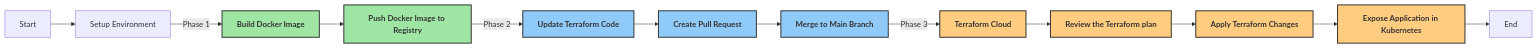
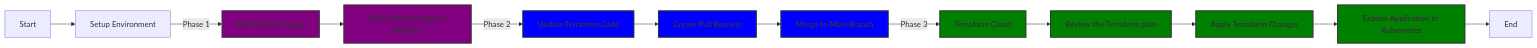
The diagram in README.md (GirishCodeAlchemy/AutomateCloudWebDeploy), drawn with Mermaid before and after one commit. The commit also changed other lines of this file, not shown here.

````diff
--- a/README.md
+++ b/README.md
@@ -9,24 +9,24 @@
 ```mermaid
 graph LR;
     A[Start] --> B[Setup Environment]
     B -->|Phase 1| C[Build Docker Image]
     C --> D[Push Docker Image to Registry]
     D -->|Phase 2| E[Update Terraform Code]
     E --> F[Create Pull Request]
     F --> G[Merge to Main Branch]
     G -->|Phase 3| H[Terraform Cloud]
     H --> I[Review the Terraform plan]
     I --> J[Apply Terraform Changes]
     J --> K[Expose Application in Kubernetes]
     K --> L[End]
 
 
-    classDef phase1Style fill:#9fe5a4,stroke:#333,stroke-width:2px,max-width:300px,font-weight:bold,font-color:red;
-    classDef phase2Style fill:#90caf9,stroke:#333,stroke-width:2px,max-width:300px,font-weight:bold,font-color:red;
-    classDef phase3Style fill:#ffcc80,stroke:#333,stroke-width:2px,max-width:300px,font-weight:bold,font-color:red;
+    classDef phase1Style fill:purple,stroke:#333,stroke-width:2px,max-width:300px,font-weight:bold,font-color:red;
+    classDef phase2Style fill:blue,stroke:#333,stroke-width:2px,max-width:300px,font-weight:bold,font-color:red;
+    classDef phase3Style fill:green,stroke:#333,stroke-width:2px,max-width:300px,font-weight:bold,font-color:red;
 
     class C,D phase1Style;
     class E,F,G phase2Style;
     class H,I,J,K phase3Style;
 
 ```
````
